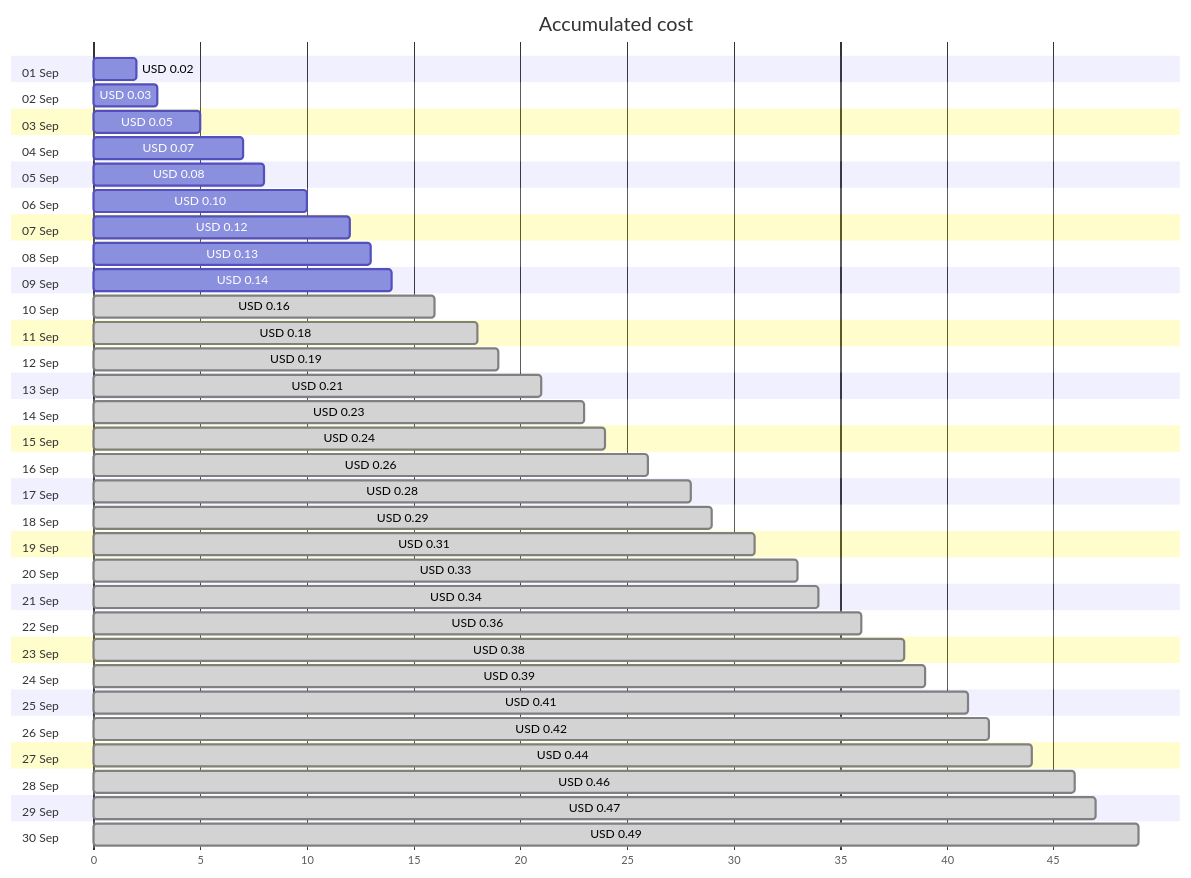
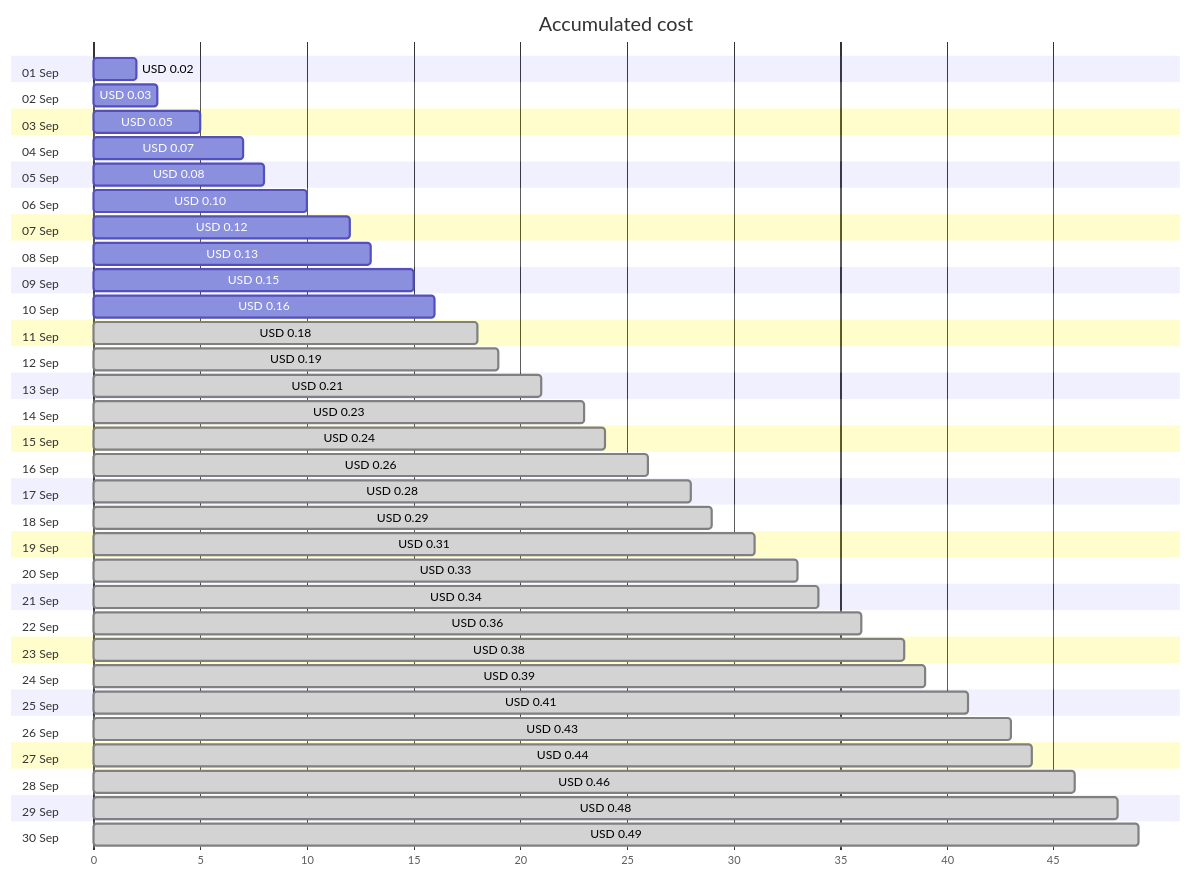
One commit to jpfulton/azure-personal-reports changed the first of 4 diagrams in cost-reports/personal-dns/jpatrickfulton.dev.md. Above: the diagram before and after it, drawn with Mermaid. The commit also changed other lines of this file and 2 other files, not shown here.

````diff
--- a/cost-reports/personal-dns/jpatrickfulton.dev.md
+++ b/cost-reports/personal-dns/jpatrickfulton.dev.md
@@ -20,66 +20,66 @@
 ```mermaid
 gantt
    title Accumulated cost
    dateFormat  X
    axisFormat %s
    section 01 Sep
    USD 0.02 :0, 2
    section 02 Sep
    USD 0.03 :0, 3
    section 03 Sep
    USD 0.05 :0, 5
    section 04 Sep
    USD 0.07 :0, 7
    section 05 Sep
    USD 0.08 :0, 8
    section 06 Sep
    USD 0.10 :0, 10
    section 07 Sep
    USD 0.12 :0, 12
    section 08 Sep
    USD 0.13 :0, 13
    section 09 Sep
-   USD 0.14 :0, 14
+   USD 0.15 :0, 15
    section 10 Sep
-   USD 0.16 : done, 0, 16
+   USD 0.16 :0, 16
    section 11 Sep
    USD 0.18 : done, 0, 18
    section 12 Sep
    USD 0.19 : done, 0, 19
    section 13 Sep
    USD 0.21 : done, 0, 21
    section 14 Sep
    USD 0.23 : done, 0, 23
    section 15 Sep
    USD 0.24 : done, 0, 24
    section 16 Sep
    USD 0.26 : done, 0, 26
    section 17 Sep
    USD 0.28 : done, 0, 28
    section 18 Sep
    USD 0.29 : done, 0, 29
    section 19 Sep
    USD 0.31 : done, 0, 31
    section 20 Sep
    USD 0.33 : done, 0, 33
    section 21 Sep
    USD 0.34 : done, 0, 34
    section 22 Sep
    USD 0.36 : done, 0, 36
    section 23 Sep
    USD 0.38 : done, 0, 38
    section 24 Sep
    USD 0.39 : done, 0, 39
    section 25 Sep
    USD 0.41 : done, 0, 41
    section 26 Sep
-   USD 0.42 : done, 0, 42
+   USD 0.43 : done, 0, 43
    section 27 Sep
    USD 0.44 : done, 0, 44
    section 28 Sep
    USD 0.46 : done, 0, 46
    section 29 Sep
-   USD 0.47 : done, 0, 47
+   USD 0.48 : done, 0, 48
    section 30 Sep
    USD 0.49 : done, 0, 49
 ```
````
